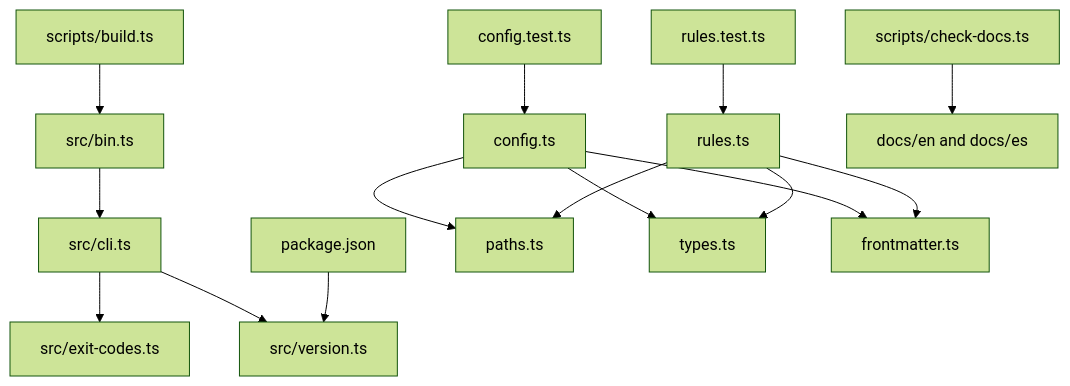
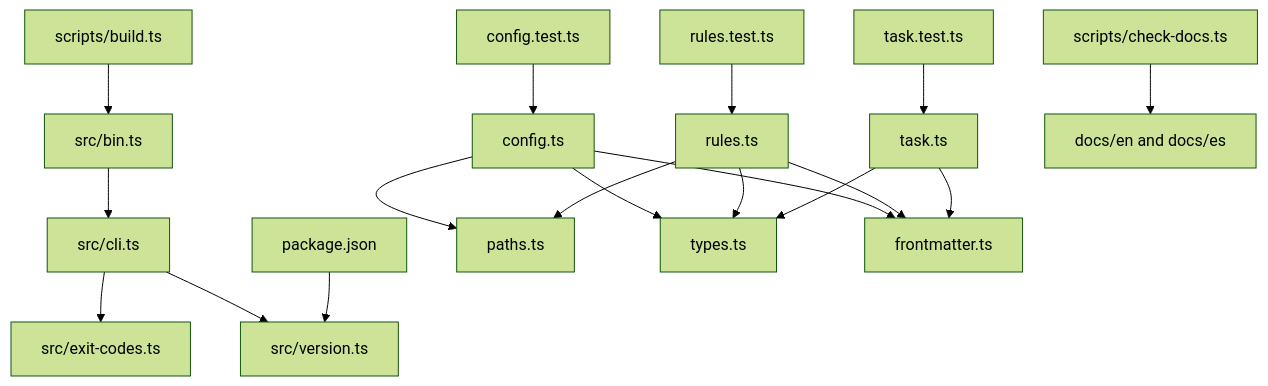
One commit to CodeLab614-AI/code-audit changed the diagram in docs/en/2-architecture/10-architecture.md. Above: the diagram before and after it, drawn with Mermaid (forest theme). The commit also changed other lines of this file and 42 other files, not shown here.

````diff
--- a/docs/en/2-architecture/10-architecture.md
+++ b/docs/en/2-architecture/10-architecture.md
@@ -8,17 +8,20 @@
 ```mermaid
 flowchart TD
     bin["src/bin.ts"] --> cli["src/cli.ts"]
     cli --> codes["src/exit-codes.ts"]
     cli --> version["src/version.ts"]
     pkg["package.json"] --> version
     configTest["config.test.ts"] --> config["config.ts"]
     rulesTest["rules.test.ts"] --> rules["rules.ts"]
+    taskTest["task.test.ts"] --> task["task.ts"]
     config --> paths["paths.ts"]
     config --> types["types.ts"]
     config --> frontmatter["frontmatter.ts"]
     rules --> paths
     rules --> types
     rules --> frontmatter
+    task --> types
+    task --> frontmatter
     build["scripts/build.ts"] --> bin
     docsCheck["scripts/check-docs.ts"] --> docs["docs/en and docs/es"]
 ```
````
